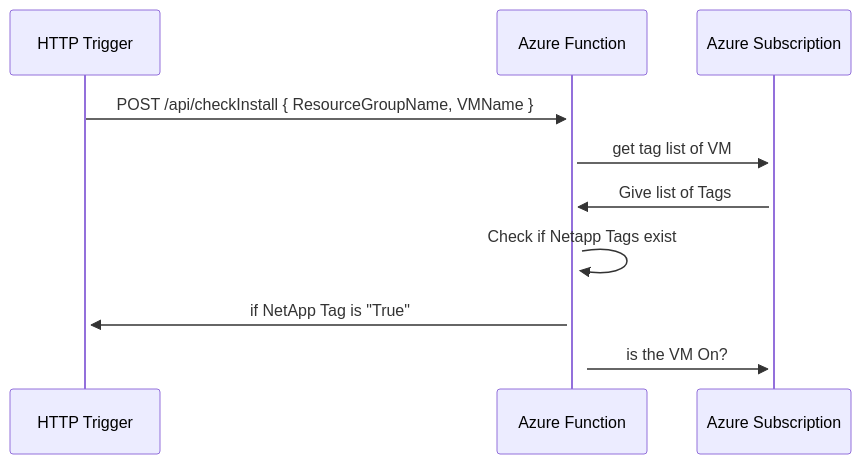
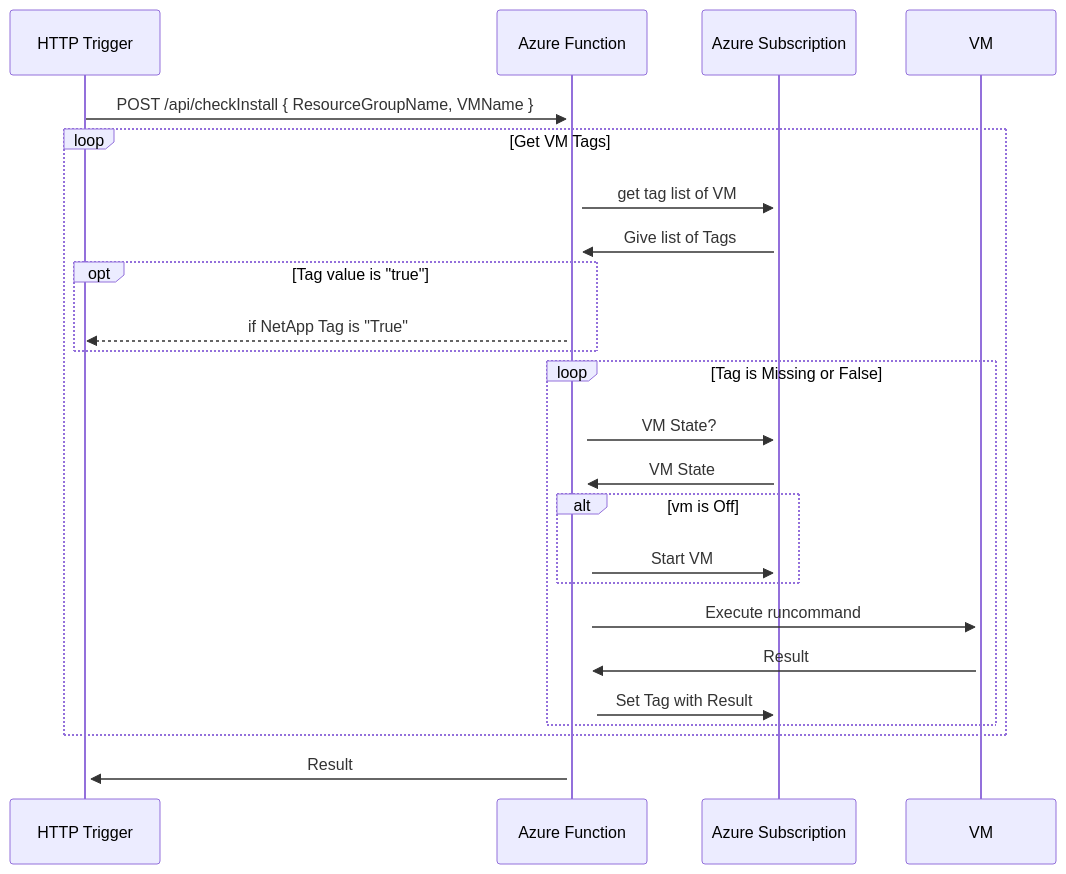
The diagram in README.md (ANFTechTeam/anf-sql-snapshot-scheduler), drawn with Mermaid before and after one commit. The commit also changed other lines of this file, not shown here.

Commit message:
Add CheckInstall function

````diff
--- a/README.md
+++ b/README.md
@@ -15,10 +17,23 @@
 ```mermaid
 sequenceDiagram
 	HTTP Trigger ->>+ Azure Function : POST /api/checkInstall { ResourceGroupName, VMName }
-	Azure Function ->>+ Azure Subscription: get tag list of VM
-	Azure Subscription ->>+  Azure Function: Give list of Tags
-	Azure Function ->>+  Azure Function: Check if Netapp Tags exist
-	Azure Function ->>+  HTTP Trigger: if NetApp Tag is "True"
-	Azure Function ->>+ Azure Subscription: is the VM On?
-					
+  activate Azure Function
+  loop Get VM Tags
+      Azure Function ->>+ Azure Subscription: get tag list of VM
+    Azure Subscription ->>+  Azure Function: Give list of Tags
+    opt Tag value is "true"
+     Azure Function -->>  HTTP Trigger: if NetApp Tag is "True"
+    end
+    loop Tag is Missing or False
+      Azure Function ->>+ Azure Subscription: VM State?
+      Azure Subscription ->>+ Azure Function : VM State
+      alt vm is Off
+        Azure Function ->>+ Azure Subscription: Start VM
+      end
+      Azure Function ->>+ VM : Execute runcommand
+      VM ->>+ Azure Function: Result
+      Azure Function ->>+ Azure Subscription: Set Tag with Result
+    end
+  end
+        Azure Function ->>+ HTTP Trigger: Result
 ```
````
